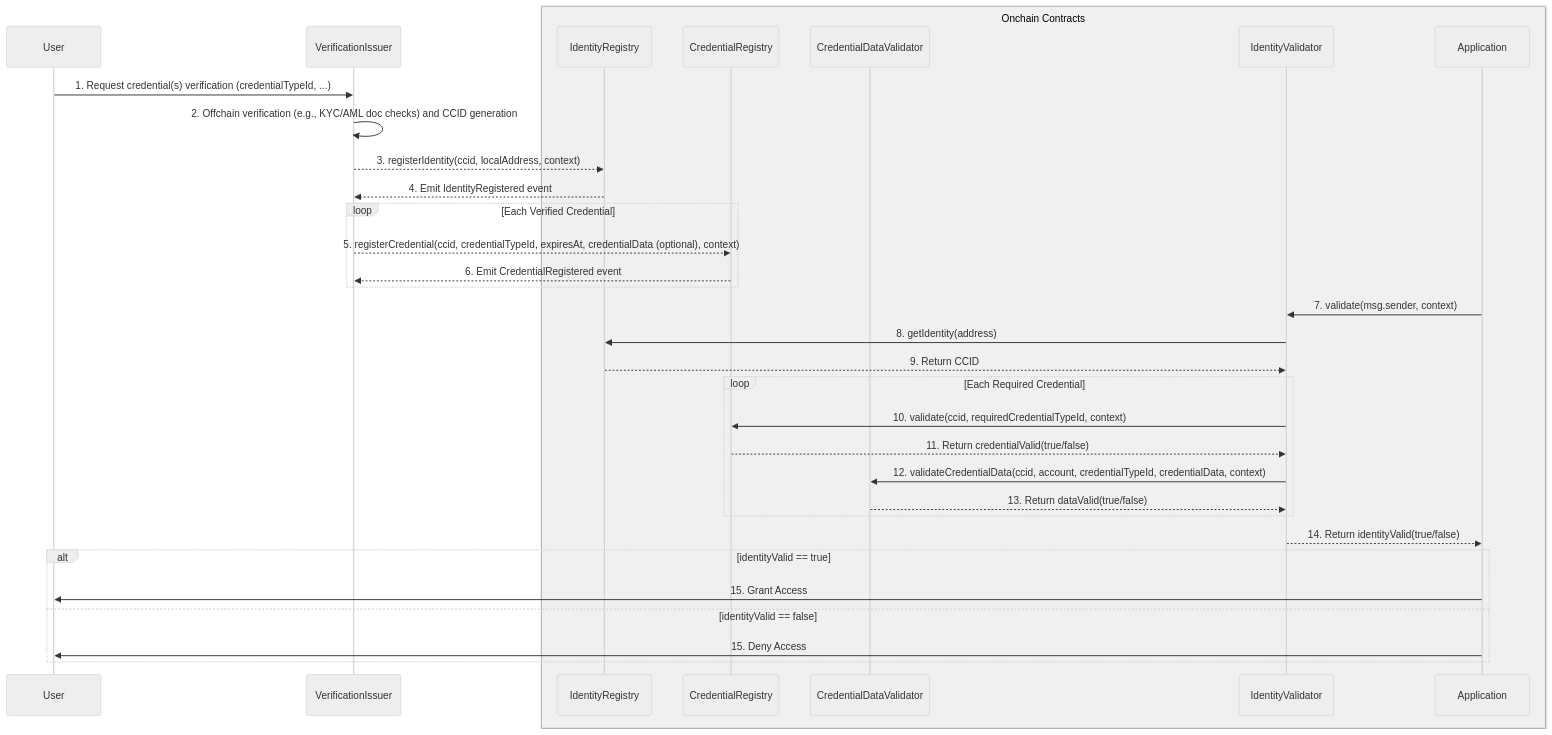
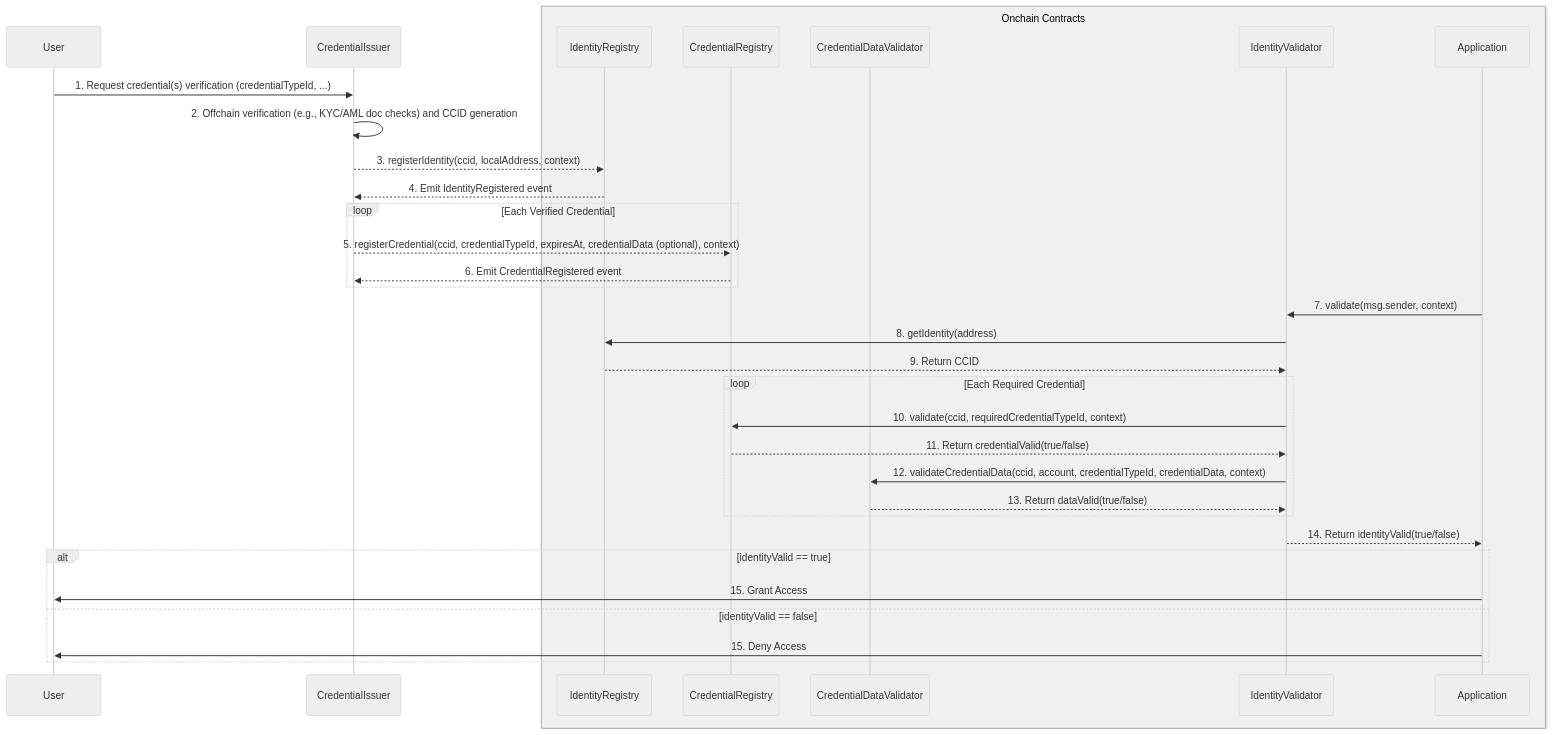
The diagram in packages/cross-chain-identity/docs/CREDENTIAL_FLOW.md (yosrahelal/chainlink-ace-tests), drawn with Mermaid (neutral theme) before and after one commit. The commit also changed other lines of this file and 69 other files, not shown here.

````diff
--- a/packages/cross-chain-identity/docs/CREDENTIAL_FLOW.md
+++ b/packages/cross-chain-identity/docs/CREDENTIAL_FLOW.md
@@ -15,37 +15,37 @@
 ```mermaid
 sequenceDiagram
     participant User
-    participant VerificationIssuer
+    participant CredentialIssuer
 box rgb(240,240,240) Onchain Contracts
     participant IdentityRegistry
     participant CredentialRegistry
     participant CredentialDataValidator
     participant IdentityValidator
     participant Application
 end
 
-    User ->> VerificationIssuer: 1. Request credential(s) verification (credentialTypeId, ...)
-    VerificationIssuer ->> VerificationIssuer: 2. Offchain verification (e.g., KYC/AML doc checks) and CCID generation
-    VerificationIssuer -->> IdentityRegistry: 3. registerIdentity(ccid, localAddress, context)
-    IdentityRegistry -->> VerificationIssuer: 4. Emit IdentityRegistered event
+    User ->> CredentialIssuer: 1. Request credential(s) verification (credentialTypeId, ...)
+    CredentialIssuer ->> CredentialIssuer: 2. Offchain verification (e.g., KYC/AML doc checks) and CCID generation
+    CredentialIssuer -->> IdentityRegistry: 3. registerIdentity(ccid, localAddress, context)
+    IdentityRegistry -->> CredentialIssuer: 4. Emit IdentityRegistered event
     loop Each Verified Credential
-        VerificationIssuer -->> CredentialRegistry: 5. registerCredential(ccid, credentialTypeId, expiresAt, credentialData (optional), context)
-        CredentialRegistry -->> VerificationIssuer: 6. Emit CredentialRegistered event
+        CredentialIssuer -->> CredentialRegistry: 5. registerCredential(ccid, credentialTypeId, expiresAt, credentialData (optional), context)
+        CredentialRegistry -->> CredentialIssuer: 6. Emit CredentialRegistered event
     end
     Application ->> IdentityValidator: 7. validate(msg.sender, context)
     IdentityValidator ->> IdentityRegistry: 8. getIdentity(address)
     IdentityRegistry -->> IdentityValidator: 9. Return CCID
     loop Each Required Credential
         IdentityValidator ->> CredentialRegistry: 10. validate(ccid, requiredCredentialTypeId, context)
         CredentialRegistry -->> IdentityValidator: 11. Return credentialValid(true/false)
         IdentityValidator ->> CredentialDataValidator: 12. validateCredentialData(ccid, account, credentialTypeId, credentialData, context)
         CredentialDataValidator -->> IdentityValidator: 13. Return dataValid(true/false)
 
     end
     IdentityValidator -->> Application: 14. Return identityValid(true/false)
     alt identityValid == true
         Application ->> User: 15. Grant Access
     else identityValid == false
         Application ->> User: 15. Deny Access
     end
 ```
````
